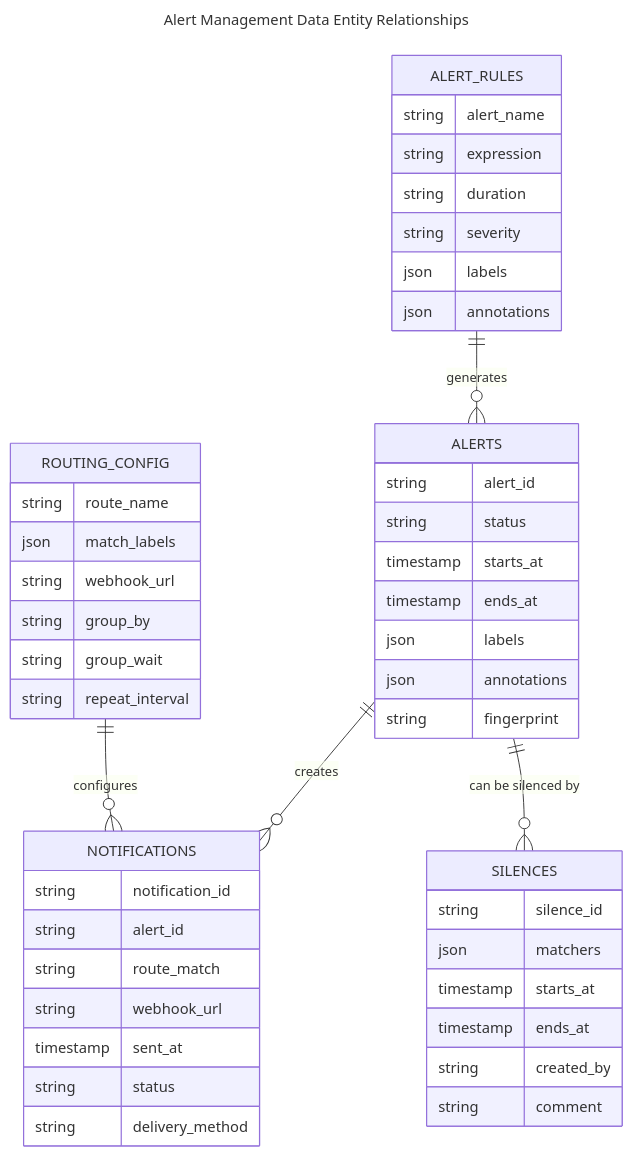
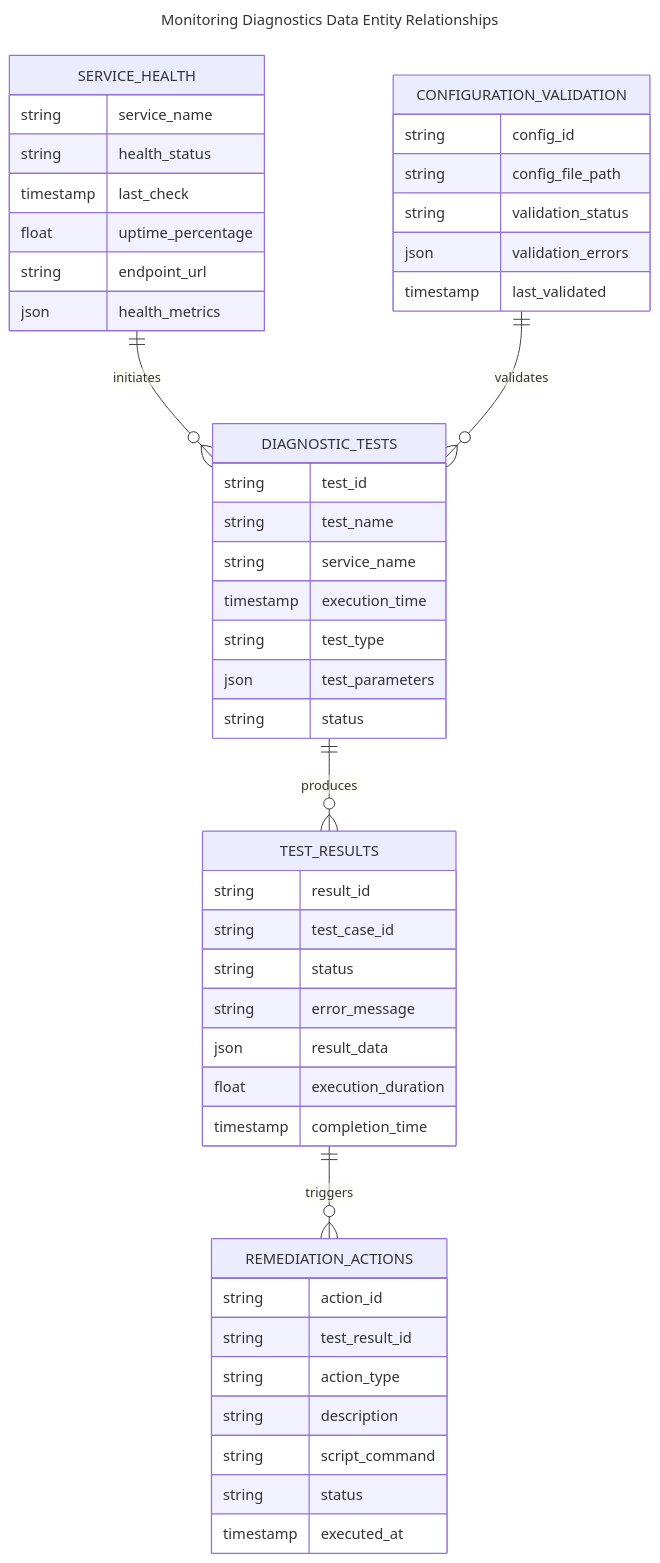
Diagram 24 of 32 in docs/designs/use_cases.md (RustedVikingOG/n8n_docker_stack), drawn with Mermaid before and after one commit. The commit also changed other lines of this file and 2 other files, not shown here.

````diff
--- a/docs/designs/use_cases.md
+++ b/docs/designs/use_cases.md
@@ -1268,57 +955,57 @@
 ```mermaid
 ---
-title: Alert Management Data Entity Relationships
+title: Monitoring Diagnostics Data Entity Relationships
 ---
 erDiagram
-    ALERT_RULES ||--o{ ALERTS : generates
-    ALERTS ||--o{ NOTIFICATIONS : creates
-    ALERTS ||--o{ SILENCES : "can be silenced by"
+    DIAGNOSTIC_TESTS ||--o{ TEST_RESULTS : produces
+    TEST_RESULTS ||--o{ REMEDIATION_ACTIONS : triggers
+    SERVICE_HEALTH ||--o{ DIAGNOSTIC_TESTS : initiates
     
-    ALERT_RULES {
-        string alert_name
-        string expression
-        string duration
-        string severity
-        json labels
-        json annotations
+    DIAGNOSTIC_TESTS {
+        string test_id
+        string test_name
+        string service_name
+        timestamp execution_time
+        string test_type
+        json test_parameters
+        string status
     }
     
-    ALERTS {
-        string alert_id
+    TEST_RESULTS {
+        string result_id
+        string test_case_id
         string status
-        timestamp starts_at
-        timestamp ends_at
-        json labels
-        json annotations
-        string fingerprint
+        string error_message
+        json result_data
+        float execution_duration
+        timestamp completion_time
     }
     
-    NOTIFICATIONS {
-        string notification_id
-        string alert_id
-        string route_match
-        string webhook_url
-        timestamp sent_at
-        string status
-        string delivery_method
+    SERVICE_HEALTH {
+        string service_name
+        string health_status
+        timestamp last_check
+        float uptime_percentage
+        string endpoint_url
+        json health_metrics
     }
     
-    SILENCES {
-        string silence_id
-        json matchers
-        timestamp starts_at
-        timestamp ends_at
-        string created_by
-        string comment
+    REMEDIATION_ACTIONS {
+        string action_id
+        string test_result_id
+        string action_type
+        string description
+        string script_command
+        string status
+        timestamp executed_at
     }
     
-    ROUTING_CONFIG ||--o{ NOTIFICATIONS : configures
-    ROUTING_CONFIG {
-        string route_name
-        json match_labels
-        string webhook_url
-        string group_by
-        string group_wait
-        string repeat_interval
+    CONFIGURATION_VALIDATION ||--o{ DIAGNOSTIC_TESTS : validates
+    CONFIGURATION_VALIDATION {
+        string config_id
+        string config_file_path
+        string validation_status
+        json validation_errors
+        timestamp last_validated
     }
 ```
````
